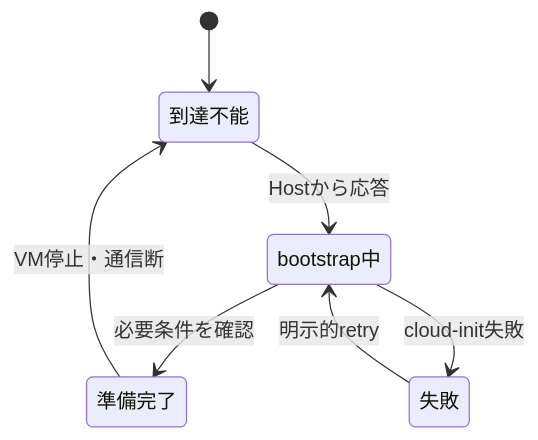
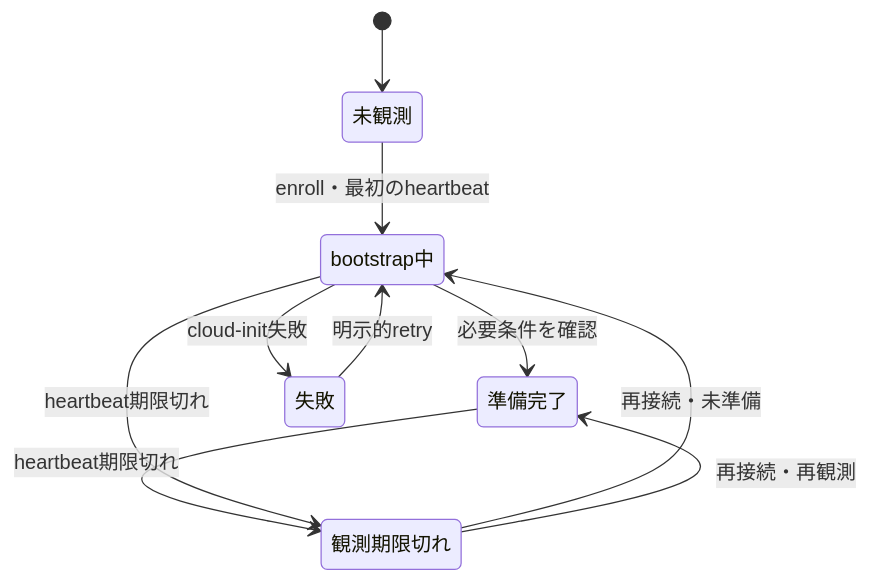
One commit to barn0w1/mc-control-plane changed the fourth of 9 diagrams in docs/state-machines.md. Above: the diagram before and after it, drawn with Mermaid. The commit also changed other lines of this file and 4 other files, not shown here.

Commit message:
docs: define Debian host control architecture

````diff
--- a/docs/state-machines.md
+++ b/docs/state-machines.md
@@ -131,14 +145,18 @@
 ```mermaid
 stateDiagram-v2
-    state "到達不能" as Unreachable
+    state "未観測" as Unseen
     state "bootstrap中" as Bootstrapping
     state "準備完了" as Ready
     state "失敗" as Failed
+    state "観測期限切れ" as Stale
 
-    [*] --> Unreachable
-    Unreachable --> Bootstrapping: Hostから応答
+    [*] --> Unseen
+    Unseen --> Bootstrapping: enroll・最初のheartbeat
     Bootstrapping --> Ready: 必要条件を確認
     Bootstrapping --> Failed: cloud-init失敗
-    Ready --> Unreachable: VM停止・通信断
+    Ready --> Stale: heartbeat期限切れ
+    Bootstrapping --> Stale: heartbeat期限切れ
+    Stale --> Bootstrapping: 再接続・未準備
+    Stale --> Ready: 再接続・再観測
     Failed --> Bootstrapping: 明示的retry
 ```
````
